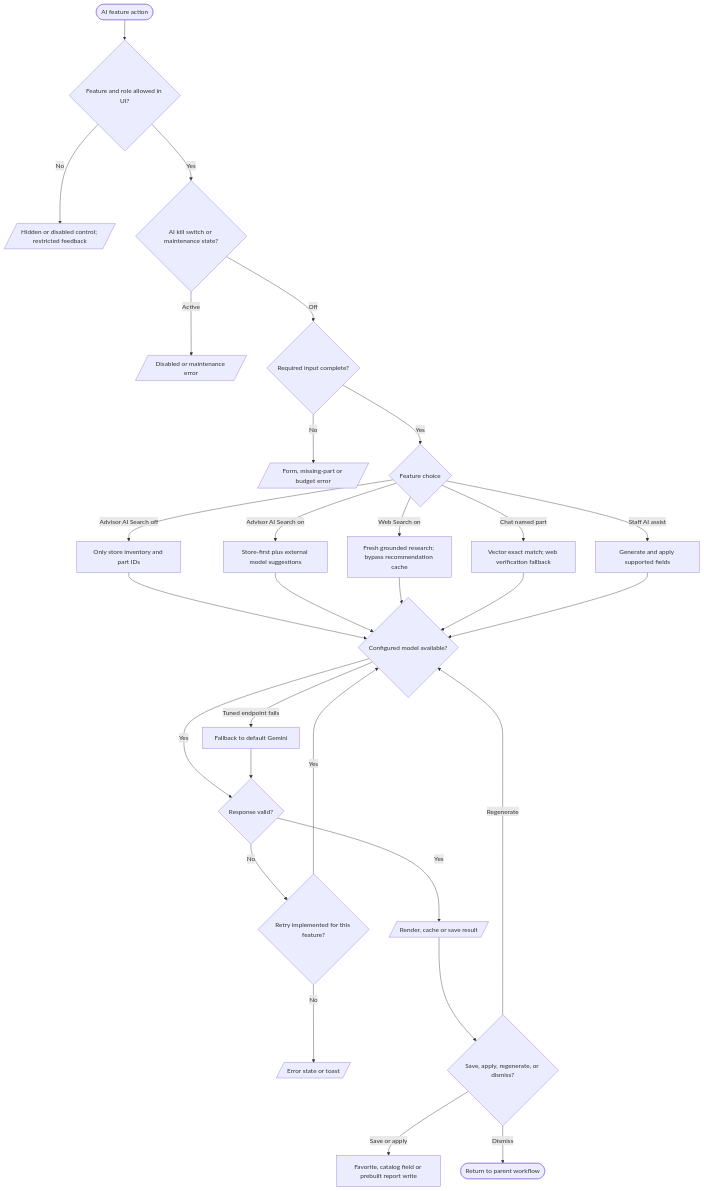
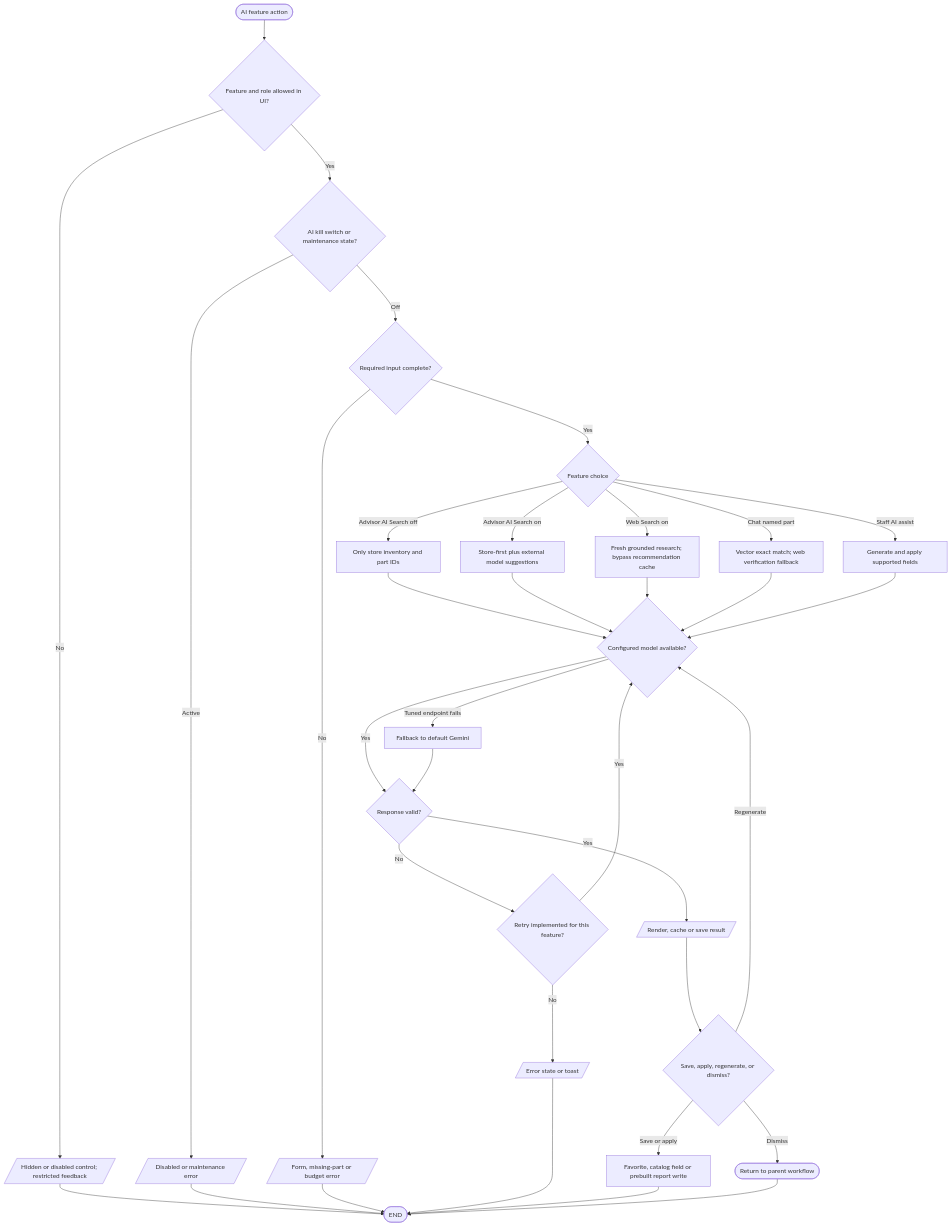
Before and after one commit to VirgenRayzon/BuilbotAI: the diagram in docs/flowcharts/ai-system/ai-decision-flowchart.md, drawn with Mermaid. The commit also changed other lines of this file and 109 other files, not shown here.

Commit message:
feat(builder): add live recommendations, budget slider, and updated system flowcharts

````diff
--- a/docs/flowcharts/ai-system/ai-decision-flowchart.md
+++ b/docs/flowcharts/ai-system/ai-decision-flowchart.md
@@ -3,31 +7,37 @@
 ```mermaid
 flowchart TD
   Start([AI feature action]) --> Role{Feature and role allowed in UI?}
   Role -- No --> Denied[/Hidden or disabled control; restricted feedback/]
   Role -- Yes --> Kill{AI kill switch or maintenance state?}
   Kill -- Active --> Paused[/Disabled or maintenance error/]
   Kill -- Off --> Input{Required input complete?}
   Input -- No --> Validate[/Form, missing-part or budget error/]
   Input -- Yes --> Mode{Feature choice}
   Mode -- Advisor AI Search off --> Store[Only store inventory and part IDs]
   Mode -- Advisor AI Search on --> Hybrid[Store-first plus external model suggestions]
   Mode -- Web Search on --> Research[Fresh grounded research; bypass recommendation cache]
   Mode -- Chat named part --> Vector[Vector exact match; web verification fallback]
   Mode -- Staff AI assist --> Fill[Generate and apply supported fields]
   Store --> Model{Configured model available?}
   Hybrid --> Model
   Research --> Model
   Vector --> Model
   Fill --> Model
   Model -- Tuned endpoint fails --> Default[Fallback to default Gemini]
   Model -- Yes --> Result{Response valid?}
   Default --> Result
   Result -- No --> Retry{Retry implemented for this feature?}
   Retry -- Yes --> Model
   Retry -- No --> Error[/Error state or toast/]
   Result -- Yes --> Output[/Render, cache or save result/]
   Output --> UserChoice{Save, apply, regenerate, or dismiss?}
   UserChoice -- Save or apply --> Mutation[Favorite, catalog field or prebuilt report write]
   UserChoice -- Regenerate --> Model
   UserChoice -- Dismiss --> End([Return to parent workflow])
+  Denied --> Finish([END])
+  Paused --> Finish
+  Validate --> Finish
+  Error --> Finish
+  Mutation --> Finish
+  End --> Finish
 ```
````
